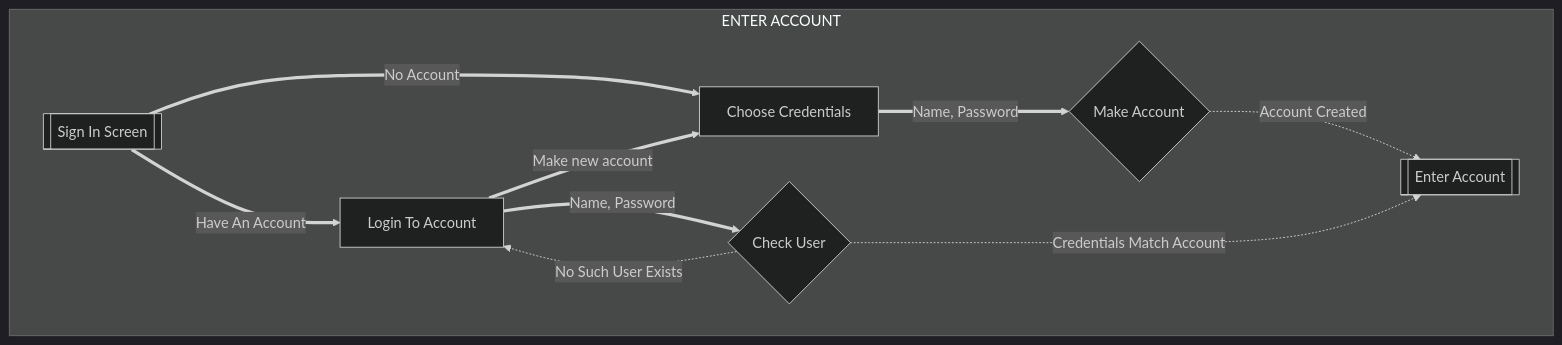
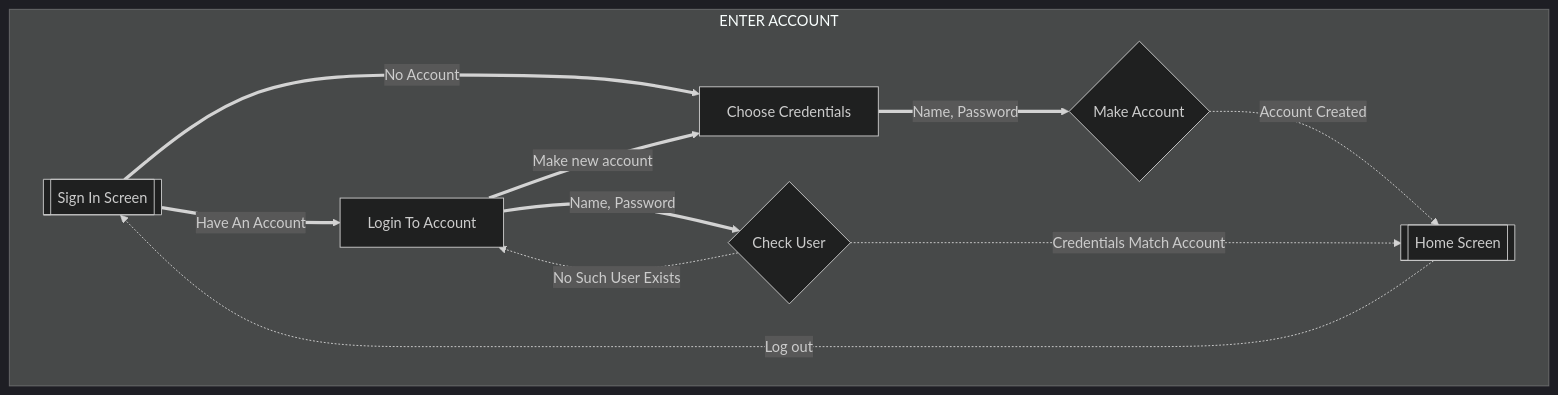
One commit to samanthaegilson/LibrarySystem changed the first of 6 diagrams in README.md. Above: the diagram before and after it, drawn with Mermaid (dark theme). The commit also changed other lines of this file and 33 other files, not shown here.

````diff
--- a/README.md
+++ b/README.md
@@ -34,27 +35,28 @@
 ```mermaid
 flowchart
     subgraph ENTER ACCOUNT
         %% Should logout be apart of this??
         signInScreen[[Sign In Screen]]
 
         signInScreen ==No Account==> chooseCredentials
         signInScreen ==Have An Account==> loginToAccount
 
         chooseCredentials[Choose Credentials]
         makeAccount{Make Account}
         
         %% Enter name and other information too?
         chooseCredentials ==Name, Password==> makeAccount
-        makeAccount -.Account Created.-> enterAccount
+        makeAccount -.Account Created.-> homeScreen
         
         loginToAccount[Login To Account]
         checkUser{Check User}
-        enterAccount[[Enter Account]]
+        homeScreen[[Home Screen]]
         
         loginToAccount ==Make new account==> chooseCredentials
         loginToAccount ==Name, Password==> checkUser
         checkUser -.No Such User Exists.->loginToAccount
-        checkUser -.Credentials Match Account.->enterAccount
+        checkUser -.Credentials Match Account.->homeScreen
+        homeScreen -.Log out.->signInScreen
             
     end
 ```
````
